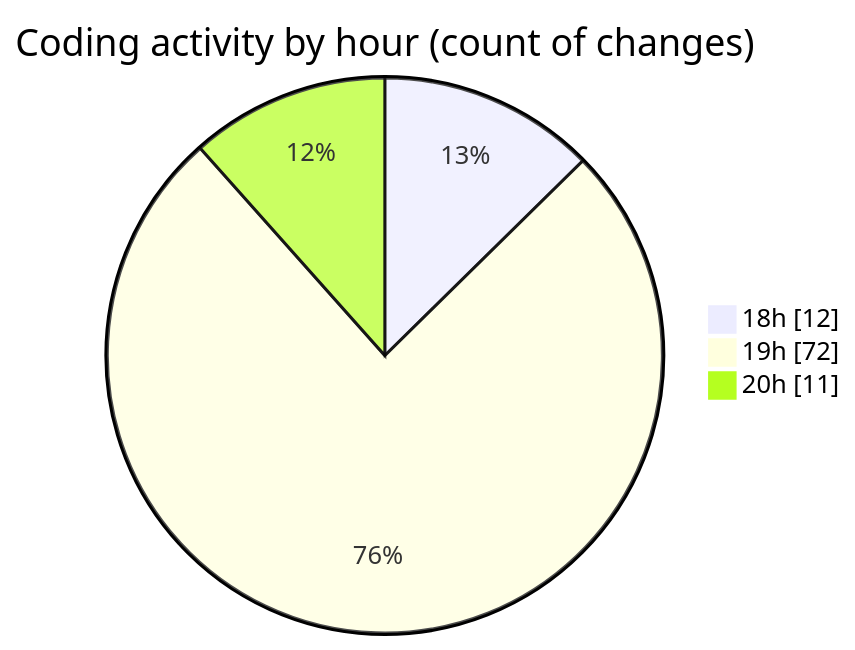
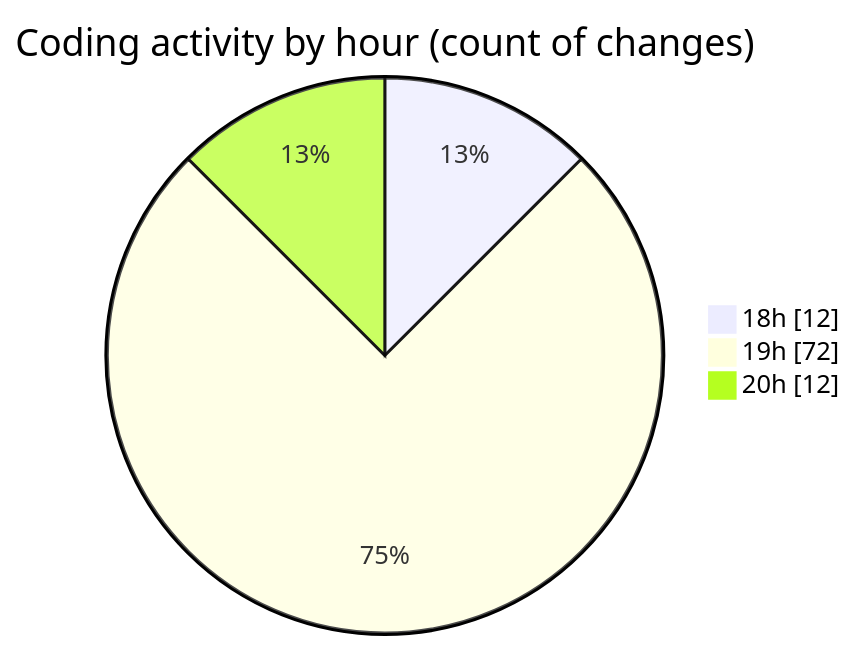
The second of 2 diagrams in 2025-03-14/myws__workspace_/README.md (MatusMokan/code-tracking), drawn with Mermaid before and after one commit. The commit also changed other lines of this file and 1 other file, not shown here.

````diff
--- a/2025-03-14/myws__workspace_/README.md
+++ b/2025-03-14/myws__workspace_/README.md
@@ -30,7 +30,7 @@
 ```mermaid
 pie showData
 title Coding activity by hour (count of changes)
 "18h" : 12
 "19h" : 72
-"20h" : 11
+"20h" : 12
 ```
````
